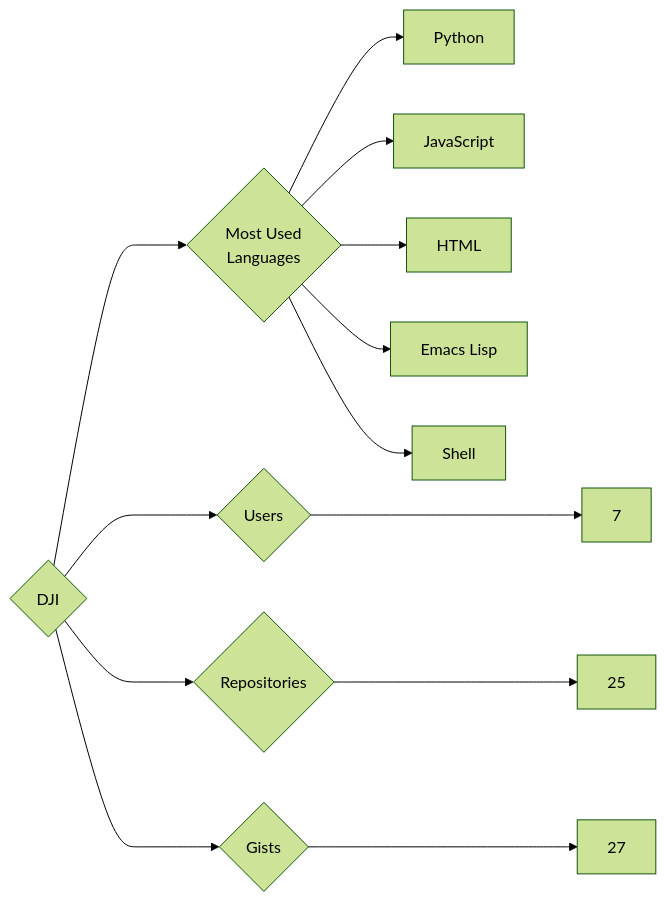
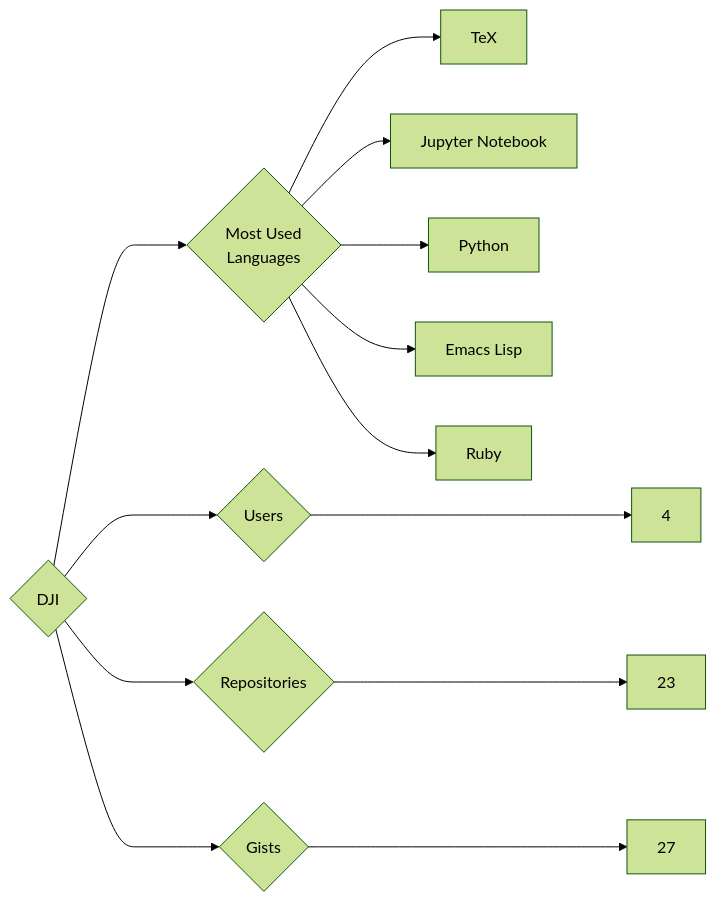
One commit to trickest/insiders changed the diagram in targets/DJI/README.md. Above: the diagram before and after it, drawn with Mermaid (forest theme). The commit also changed 934 other files, not shown here.

````diff
--- a/targets/DJI/README.md
+++ b/targets/DJI/README.md
@@ -3,13 +3,13 @@
 ```mermaid
 graph LR
 COMPANY_NAME{DJI}
-COMPANY_NAME ---> U{Users} ---> UN[7]
-COMPANY_NAME ---> R{Repositories} ---> RN[25]
+COMPANY_NAME ---> U{Users} ---> UN[4]
+COMPANY_NAME ---> R{Repositories} ---> RN[23]
 COMPANY_NAME ---> G{Gists} ---> GN[27]
 COMPANY_NAME ---> ML{Most Used<br>Languages}
+ML --> TeX[TeX]
+ML --> Jupyter_Notebook[Jupyter Notebook]
 ML --> Python[Python]
-ML --> JavaScript[JavaScript]
-ML --> HTML[HTML]
 ML --> Emacs_Lisp[Emacs Lisp]
-ML --> Shell[Shell]
+ML --> Ruby[Ruby]
 ```
````
